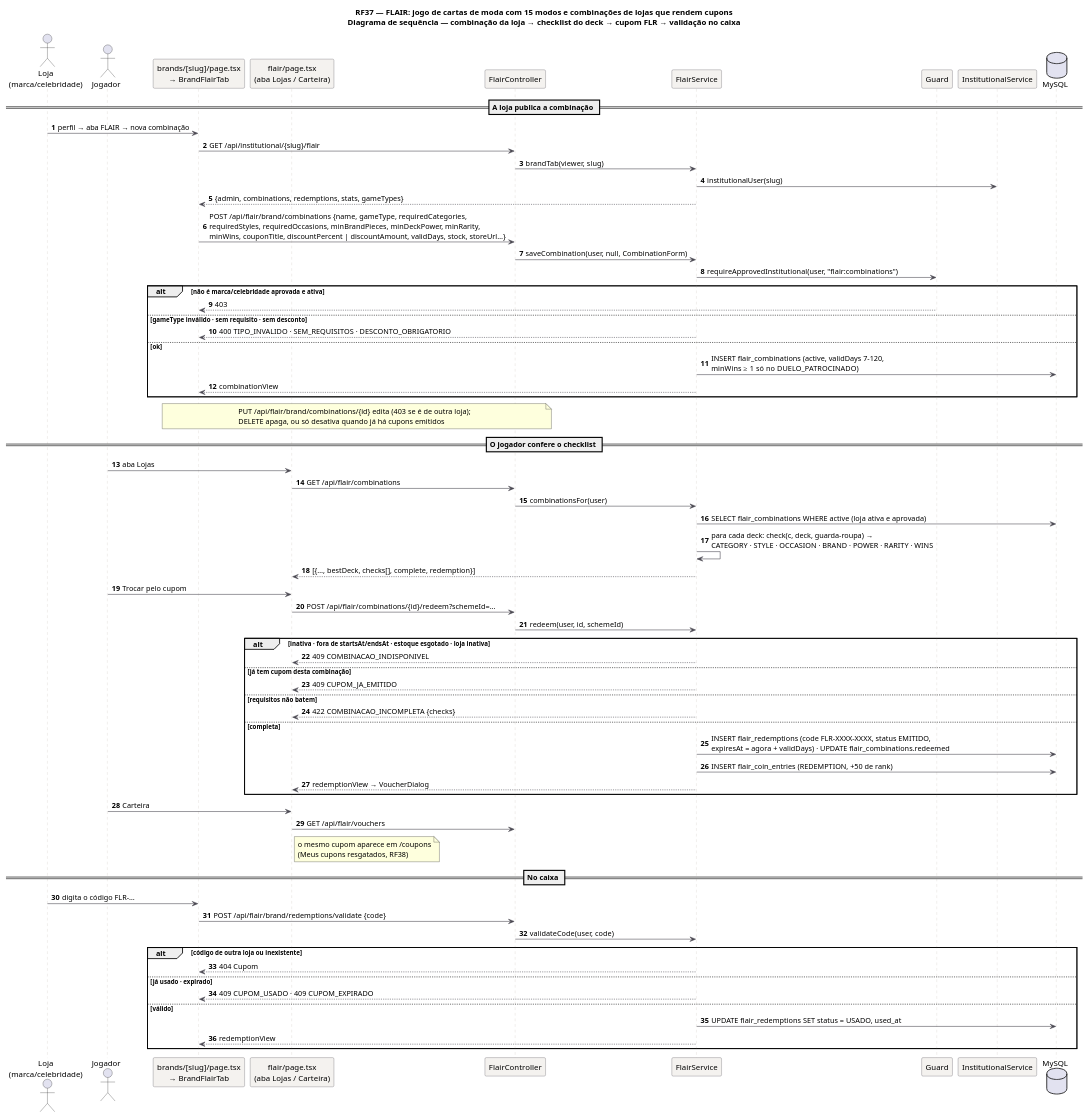
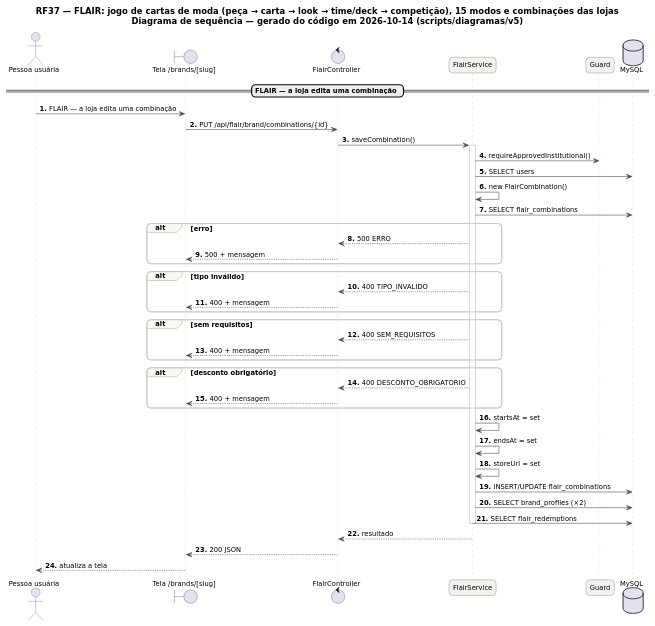
One commit to MatheusHaliski/tcc-2026-fashion-ai-backend changed the diagram in docs/diagramas/RF37/RF37-sequencia-combinacoes.puml. Above: the diagram before and after it, drawn with PlantUML. The commit also changed 800 other files, not shown here.

Commit message:
Adiciona composições AURA, bordas Metamorfose, guia visual e atualiza diagramas

```diff
--- a/docs/diagramas/RF37/RF37-sequencia-combinacoes.puml
+++ b/docs/diagramas/RF37/RF37-sequencia-combinacoes.puml
@@ -1,74 +1,67 @@
 @startuml RF37_Sequencia_Combinacoes
-title RF37 — FLAIR: jogo de cartas de moda com 15 modos e combinações de lojas que rendem cupons\nDiagrama de sequência — combinação da loja → checklist do deck → cupom FLR → validação no caixa
 skinparam backgroundColor #FFFFFF
+skinparam shadowing false
+skinparam defaultFontName "DejaVu Sans"
+skinparam defaultFontSize 12
+skinparam titleFontSize 15
+skinparam roundcorner 14
+skinparam ArrowColor #52606D
+skinparam note {
+  BackgroundColor #FFFDEB
+  BorderColor #D8CE78
+  FontColor #554F24
+}
 skinparam sequence {
   ArrowColor #4A4852
   LifeLineBorderColor #CBC6BE
   ParticipantBackgroundColor #F4F2EF
   ParticipantBorderColor #4A4852
+  ActorBorderColor #4A4852
+  GroupBorderColor #CBC6BE
+  GroupBackgroundColor #FAF8F5
 }
-autonumber
-actor "Loja\n(marca/celebridade)" as L
-actor Jogador as J
-participant "brands/[slug]/page.tsx\n→ BrandFlairTab" as BFE
-participant "flair/page.tsx\n(aba Lojas / Carteira)" as FE
-participant "FlairController" as C
-participant "FlairService" as S
-participant "Guard" as G
-participant "InstitutionalService" as INST
-database "MySQL" as DB
-== A loja publica a combinação ==
-L -> BFE: perfil → aba FLAIR → nova combinação
-BFE -> C: GET /api/institutional/{slug}/flair
-C -> S: brandTab(viewer, slug)
-S -> INST: institutionalUser(slug)
-S --> BFE: {admin, combinations, redemptions, stats, gameTypes}
-BFE -> C: POST /api/flair/brand/combinations {name, gameType, requiredCategories,\nrequiredStyles, requiredOccasions, minBrandPieces, minDeckPower, minRarity,\nminWins, couponTitle, discountPercent | discountAmount, validDays, stock, storeUrl…}
-C -> S: saveCombination(user, null, CombinationForm)
-S -> G: requireApprovedInstitutional(user, "flair:combinations")
-alt não é marca/celebridade aprovada e ativa
-  G --> BFE: 403
-else gameType inválido · sem requisito · sem desconto
-  S --> BFE: 400 TIPO_INVALIDO · SEM_REQUISITOS · DESCONTO_OBRIGATORIO
-else ok
-  S -> DB: INSERT flair_combinations (active, validDays 7–120,\nminWins ≥ 1 só no DUELO_PATROCINADO)
-  S --> BFE: combinationView
+autonumber "<b>0."
+title RF37 — FLAIR: jogo de cartas de moda (peça → carta → look → time/deck → competição), 15 modos e combinações das lojas\nDiagrama de sequência — gerado do código em 2026-10-14 (scripts/diagramas/v5)
+
+actor "Pessoa usuária" as U
+boundary "Tela /brands/[slug]" as P
+control "FlairController" as FlairController
+participant "FlairService" as FlairService
+participant "Guard" as Guard
+database "MySQL" as DB_MySQL
+== FLAIR — a loja edita uma combinação ==
+U -> P : FLAIR — a loja edita uma combinação
+P -> FlairController : PUT /api/flair/brand/combinations/{id}
+FlairController -> FlairService : saveCombination()
+activate FlairService
+FlairService -> Guard : requireApprovedInstitutional()
+FlairService -> DB_MySQL : SELECT users
+FlairService -> FlairService : new FlairCombination()
+FlairService -> DB_MySQL : SELECT flair_combinations
+alt erro
+FlairService --> FlairController : 500 ERRO
+FlairController --> P : 500 + mensagem
 end
-note over BFE, C: PUT /api/flair/brand/combinations/{id} edita (403 se é de outra loja);\nDELETE apaga, ou só desativa quando já há cupons emitidos
-== O jogador confere o checklist ==
-J -> FE: aba Lojas
-FE -> C: GET /api/flair/combinations
-C -> S: combinationsFor(user)
-S -> DB: SELECT flair_combinations WHERE active (loja ativa e aprovada)
-S -> S: para cada deck: check(c, deck, guarda-roupa) →\nCATEGORY · STYLE · OCCASION · BRAND · POWER · RARITY · WINS
-S --> FE: [{…, bestDeck, checks[], complete, redemption}]
-J -> FE: Trocar pelo cupom
-FE -> C: POST /api/flair/combinations/{id}/redeem?schemeId=…
-C -> S: redeem(user, id, schemeId)
-alt inativa · fora de startsAt/endsAt · estoque esgotado · loja inativa
-  S --> FE: 409 COMBINACAO_INDISPONIVEL
-else já tem cupom desta combinação
-  S --> FE: 409 CUPOM_JA_EMITIDO
-else requisitos não batem
-  S --> FE: 422 COMBINACAO_INCOMPLETA {checks}
-else completa
-  S -> DB: INSERT flair_redemptions (code FLR-XXXX-XXXX, status EMITIDO,\nexpiresAt = agora + validDays) · UPDATE flair_combinations.redeemed
-  S -> DB: INSERT flair_coin_entries (REDEMPTION, +50 de rank)
-  S --> FE: redemptionView → VoucherDialog
+alt tipo inválido
+FlairService --> FlairController : 400 TIPO_INVALIDO
+FlairController --> P : 400 + mensagem
 end
-J -> FE: Carteira
-FE -> C: GET /api/flair/vouchers
-note right of FE: o mesmo cupom aparece em /coupons\n(Meus cupons resgatados, RF38)
-== No caixa ==
-L -> BFE: digita o código FLR-…
-BFE -> C: POST /api/flair/brand/redemptions/validate {code}
-C -> S: validateCode(user, code)
-alt código de outra loja ou inexistente
-  S --> BFE: 404 Cupom
-else já usado · expirado
-  S --> BFE: 409 CUPOM_USADO · 409 CUPOM_EXPIRADO
-else válido
-  S -> DB: UPDATE flair_redemptions SET status = USADO, used_at
-  S --> BFE: redemptionView
+alt sem requisitos
+FlairService --> FlairController : 400 SEM_REQUISITOS
+FlairController --> P : 400 + mensagem
 end
+alt desconto obrigatório
+FlairService --> FlairController : 400 DESCONTO_OBRIGATORIO
+FlairController --> P : 400 + mensagem
+end
+FlairService -> FlairService : startsAt = set
+FlairService -> FlairService : endsAt = set
+FlairService -> FlairService : storeUrl = set
+FlairService -> DB_MySQL : INSERT/UPDATE flair_combinations
+FlairService -> DB_MySQL : SELECT brand_profiles (×2)
+FlairService -> DB_MySQL : SELECT flair_redemptions
+deactivate FlairService
+FlairService --> FlairController : resultado
+FlairController --> P : 200 JSON
+P --> U : atualiza a tela
 @enduml
```
